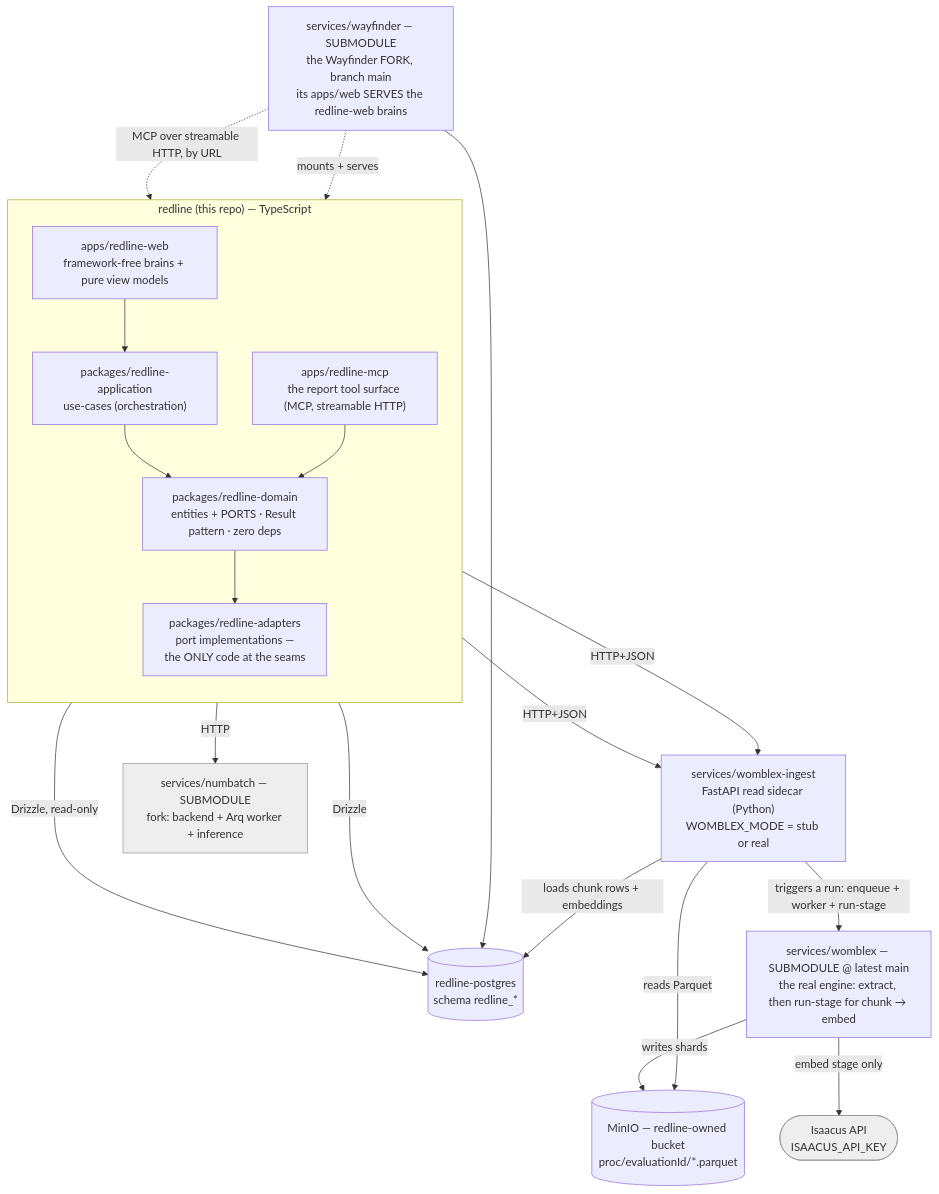
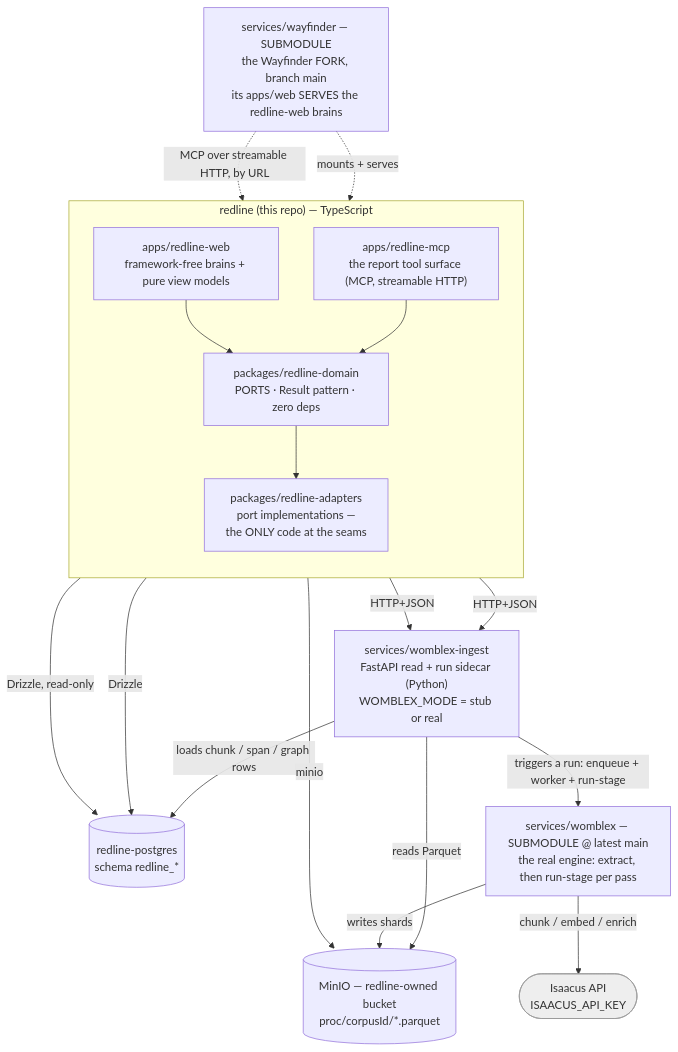
Before and after one commit to DeepCivic/Redline: the first of 2 diagrams in docs/architecture.md, drawn with Mermaid. The commit also changed other lines of this file and 11 other files, not shown here.

First line of the commit message:
docs: rewrite to the corpus-ingest-and-report substrate

````diff
--- a/docs/architecture.md
+++ b/docs/architecture.md
@@ -97,35 +100,33 @@
 ```mermaid
 flowchart TB
     subgraph rl["redline (this repo) — TypeScript"]
         direction TB
         web["apps/redline-web<br/>framework-free brains + pure view models"]
         mcp["apps/redline-mcp<br/>the report tool surface (MCP, streamable HTTP)"]
-        app["packages/redline-application<br/>use-cases (orchestration)"]
-        dom["packages/redline-domain<br/>entities + PORTS · Result pattern · zero deps"]
+        dom["packages/redline-domain<br/>PORTS · Result pattern · zero deps"]
         adp["packages/redline-adapters<br/>port implementations —<br/>the ONLY code at the seams"]
-        web --> app --> dom --> adp
+        web --> dom --> adp
         mcp --> dom
     end
 
-    adp -->|HTTP+JSON| sidecar["services/womblex-ingest<br/>FastAPI read sidecar (Python)<br/>WOMBLEX_MODE = stub or real"]
-    adp -->|HTTP| numbatch["services/numbatch — SUBMODULE<br/>fork: backend + Arq worker + inference"]
+    adp -->|HTTP+JSON| sidecar["services/womblex-ingest<br/>FastAPI read + run sidecar (Python)<br/>WOMBLEX_MODE = stub or real"]
+    adp -->|minio| minio
     adp -->|Drizzle| pg[("redline-postgres<br/>schema redline_*")]
 
-    sidecar -->|reads Parquet| minio[("MinIO — redline-owned bucket<br/>proc/evaluationId/*.parquet")]
-    sidecar -->|loads chunk rows + embeddings| pg
+    sidecar -->|reads Parquet| minio[("MinIO — redline-owned bucket<br/>proc/corpusId/*.parquet")]
+    sidecar -->|loads chunk / span / graph rows| pg
     sidecar -->|triggers a run: enqueue + worker + run-stage| engine
-    engine["services/womblex — SUBMODULE @ latest main<br/>the real engine: extract, then run-stage for chunk → embed"]
+    engine["services/womblex — SUBMODULE @ latest main<br/>the real engine: extract, then run-stage per pass"]
     engine -->|writes shards| minio
-    engine -->|embed stage only| isaacus(["Isaacus API<br/>ISAACUS_API_KEY"])
+    engine -->|chunk / embed / enrich| isaacus(["Isaacus API<br/>ISAACUS_API_KEY"])
 
     mcp -->|Drizzle, read-only| pg
     mcp -->|HTTP+JSON| sidecar
 
     fork["services/wayfinder — SUBMODULE<br/>the Wayfinder FORK, branch main<br/>its apps/web SERVES the redline-web brains"]
     fork -.->|mounts + serves| web
     fork -.->|MCP over streamable HTTP, by URL| mcp
-    fork --> pg
 
     classDef ext fill:#eee,stroke:#999,color:#333
-    class isaacus,numbatch ext
+    class isaacus ext
 ```
````
